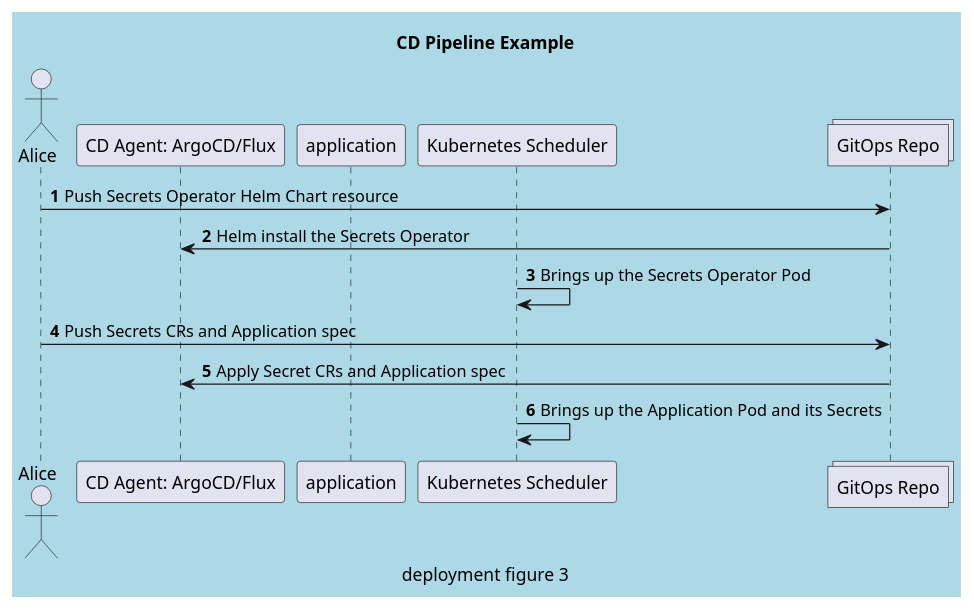
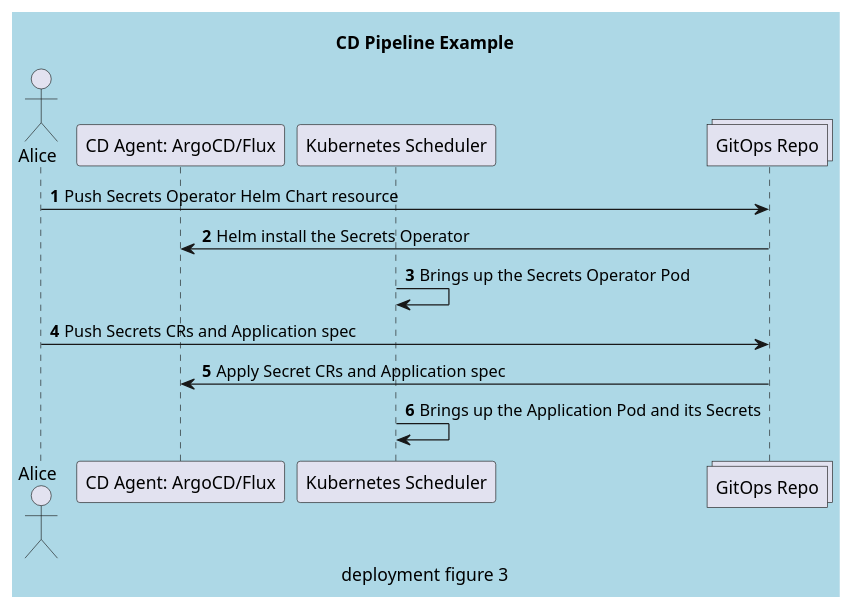
Before and after one commit to hashicorp/vault-secrets-operator: the fourth of 4 diagrams in docs/diags/deployment.puml, drawn with PlantUML. The commit also changed other lines of this file, not shown here.

Commit message:
Update plantuml diags for RFC release

```diff
--- a/docs/diags/deployment.puml
+++ b/docs/diags/deployment.puml
@@ -112,22 +118,21 @@
 @startuml
 autonumber
 title CD Pipeline Example
 skinparam {
     BackgroundColor LightBlue
     sequenceMessageAlign left
 }
 
 actor "Alice" as deployer
 participant "CD Agent: ArgoCD/Flux" as cd
-participant application as app
 participant "Kubernetes Scheduler" as k8s
 collections "GitOps Repo" as repo
 
 deployer -> repo : Push Secrets Operator Helm Chart resource
 cd <- repo : Helm install the Secrets Operator
 k8s -> k8s : Brings up the Secrets Operator Pod
 deployer -> repo : Push Secrets CRs and Application spec
 cd <- repo : Apply Secret CRs and Application spec
 k8s -> k8s : Brings up the Application Pod and its Secrets
 caption deployment figure 3
 @enduml
```
